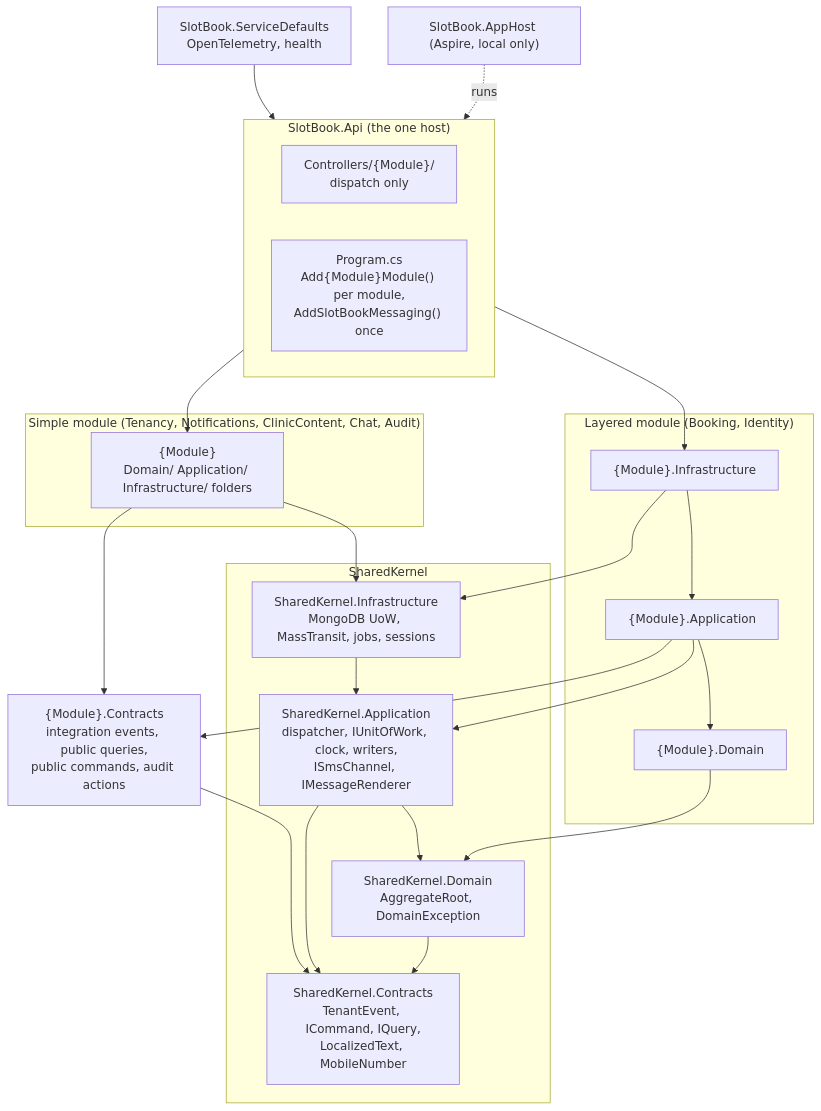
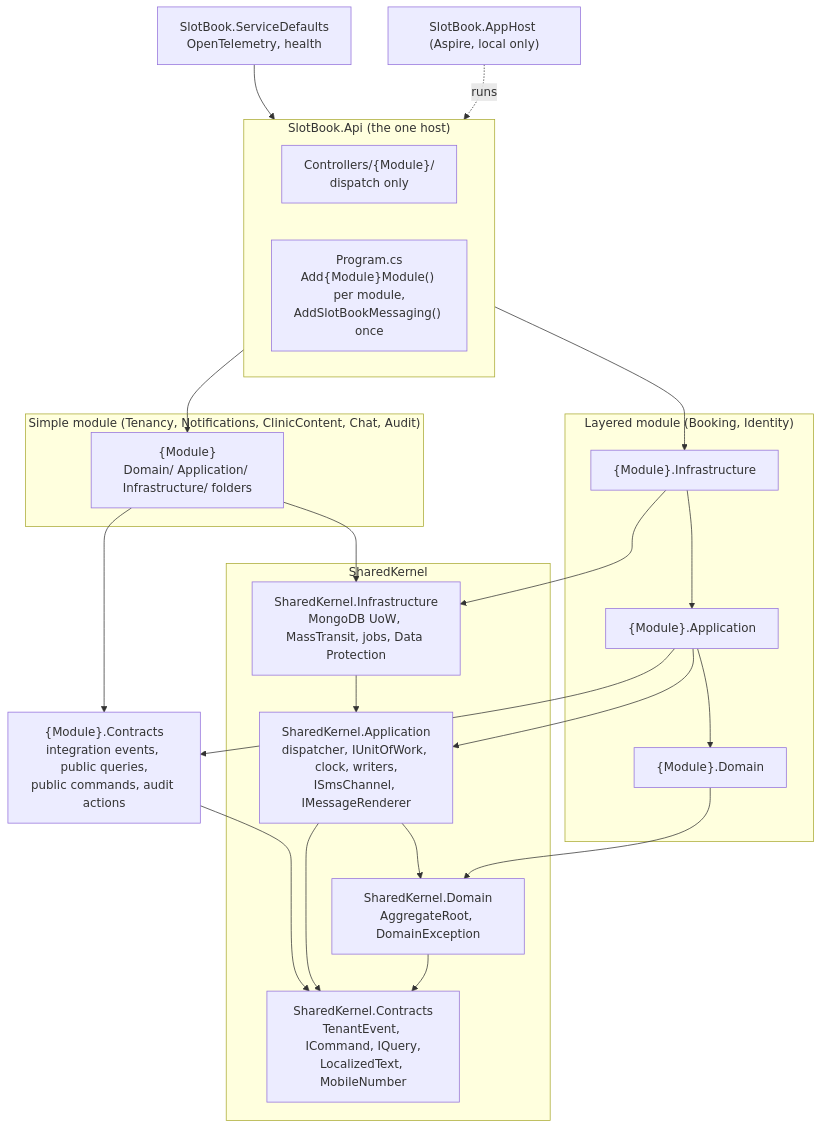
One commit to ashik71/bookingSystem changed the first of 4 diagrams in _bmad-output/initiative-booking-management/architecture-slotbook/architecture-slotbook.md. Above: the diagram before and after it, drawn with Mermaid. The commit also changed other lines of this file and 6 other files, not shown here.

First line of the commit message:
docs: architecture spine final — single tenant, free hosting, review fixes

````diff
--- a/_bmad-output/initiative-booking-management/architecture-slotbook/architecture-slotbook.md
+++ b/_bmad-output/initiative-booking-management/architecture-slotbook/architecture-slotbook.md
@@ -56,31 +56,31 @@
 ```mermaid
 flowchart TB
     subgraph Host["SlotBook.Api (the one host)"]
         Ctl["Controllers/{Module}/<br/>dispatch only"]
         Prog["Program.cs<br/>Add{Module}Module() per module,<br/>AddSlotBookMessaging() once"]
     end
     subgraph Layered["Layered module (Booking, Identity)"]
         LI["{Module}.Infrastructure"] --> LA["{Module}.Application"] --> LD["{Module}.Domain"]
     end
     subgraph Simple["Simple module (Tenancy, Notifications, ClinicContent, Chat, Audit)"]
         SM["{Module}<br/>Domain/ Application/ Infrastructure/ folders"]
     end
     LC["{Module}.Contracts<br/>integration events, public queries,<br/>public commands, audit actions"]
     subgraph SK["SharedKernel"]
-        SKI["SharedKernel.Infrastructure<br/>MongoDB UoW, MassTransit, jobs, sessions"] --> SKA["SharedKernel.Application<br/>dispatcher, IUnitOfWork, clock, writers,<br/>ISmsChannel, IMessageRenderer"] --> SKD["SharedKernel.Domain<br/>AggregateRoot, DomainException"]
+        SKI["SharedKernel.Infrastructure<br/>MongoDB UoW, MassTransit, jobs, Data Protection"] --> SKA["SharedKernel.Application<br/>dispatcher, IUnitOfWork, clock, writers,<br/>ISmsChannel, IMessageRenderer"] --> SKD["SharedKernel.Domain<br/>AggregateRoot, DomainException"]
         SKC["SharedKernel.Contracts<br/>TenantEvent, ICommand, IQuery,<br/>LocalizedText, MobileNumber"]
     end
     Host --> LI
     Host --> SM
     LA --> LC
     SM --> LC
     LC --> SKC
     SKA --> SKC
     SKD --> SKC
     LI --> SKI
     LA --> SKA
     LD --> SKD
     SM --> SKI
     Defaults["SlotBook.ServiceDefaults<br/>OpenTelemetry, health"] --> Host
     AppHost["SlotBook.AppHost (Aspire, local only)"] -.runs.-> Host
 ```
````
